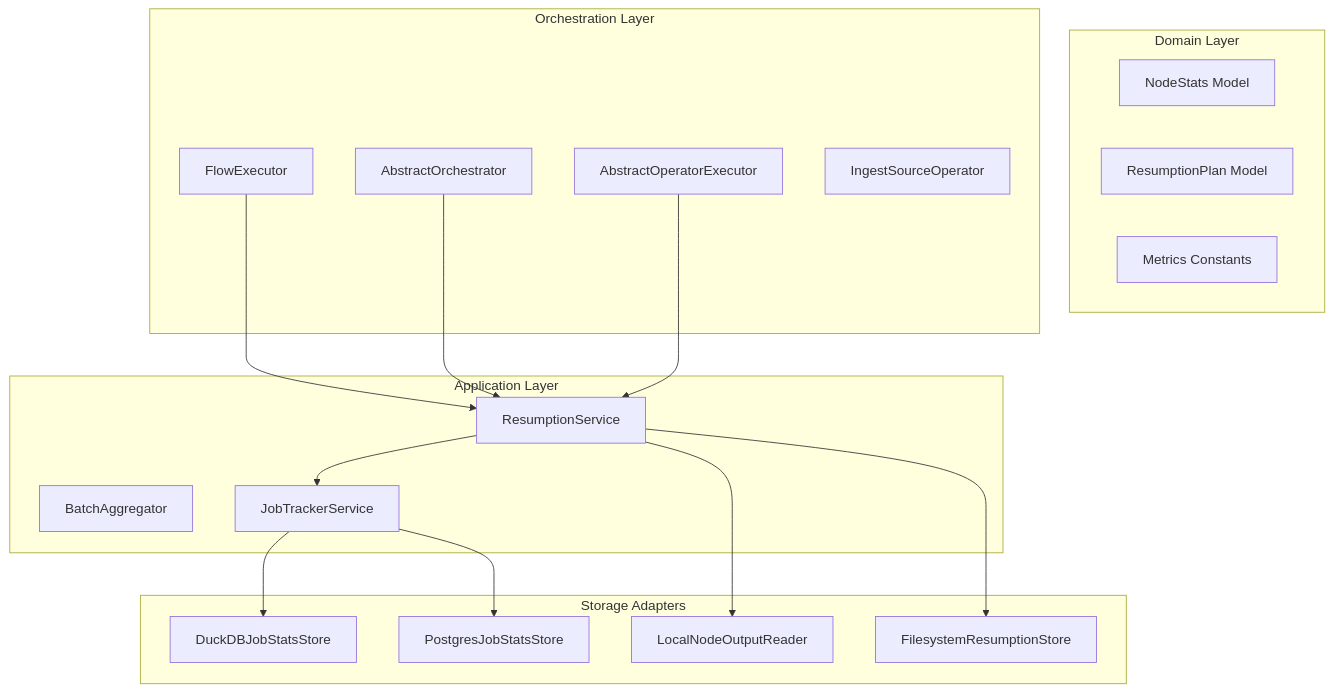
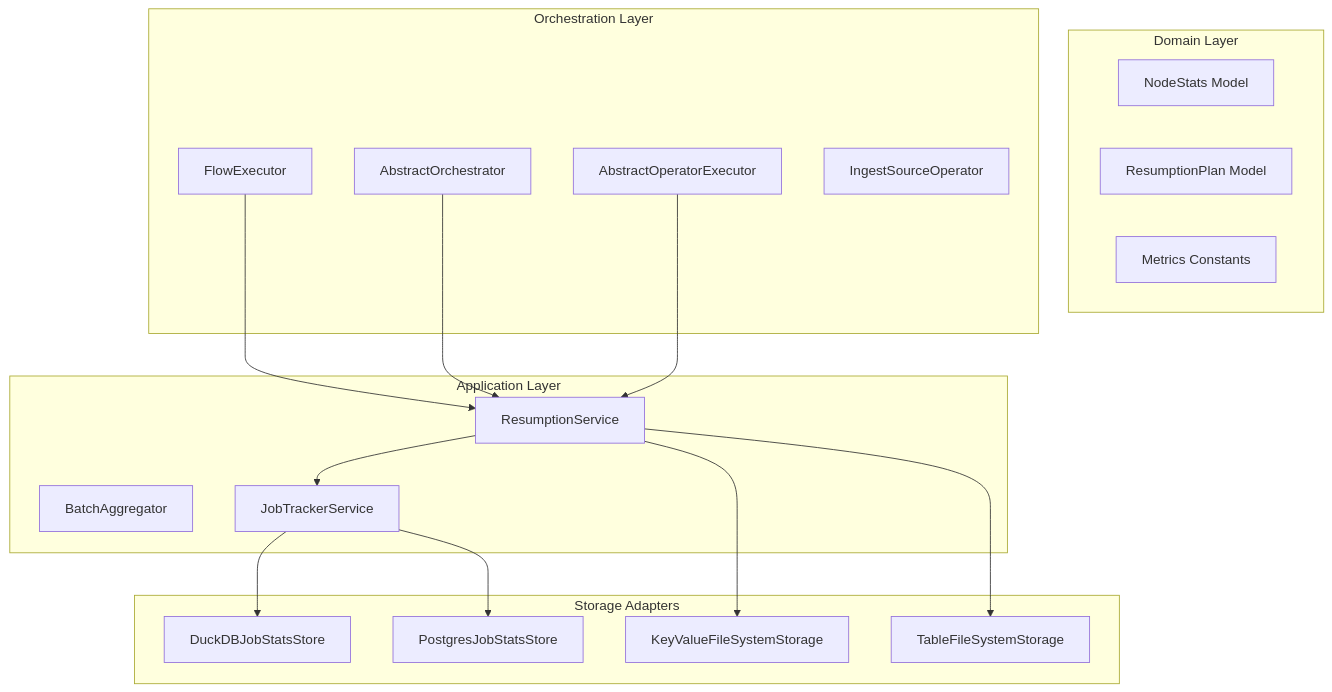
One commit to docling-project/docling-pipelines changed the diagram in openspec/changes/resume-failed-documents-node-level/design.md. Above: the diagram before and after it, drawn with Mermaid. The commit also changed other lines of this file and 15 other files, not shown here.

First line of the commit message:
refactor: reuse storage ports for node-level resumption

````diff
--- a/openspec/changes/resume-failed-documents-node-level/design.md
+++ b/openspec/changes/resume-failed-documents-node-level/design.md
@@ -26,37 +26,37 @@
 ```mermaid
 graph TD
     subgraph Domain Layer
         NR[NodeStats Model]
         RP[ResumptionPlan Model]
         MS[Metrics Constants]
     end
 
     subgraph Application Layer
         RS[ResumptionService]
         BA[BatchAggregator]
         JS[JobTrackerService]
     end
 
     subgraph Orchestration Layer
         FE[FlowExecutor]
         AO[AbstractOrchestrator]
         OE[AbstractOperatorExecutor]
         ISO[IngestSourceOperator]
     end
 
     subgraph Storage Adapters
         DK[DuckDBJobStatsStore]
         PG[PostgresJobStatsStore]
-        NR2[LocalNodeOutputReader]
-        FS[FilesystemResumptionStore]
+        KV[KeyValueFileSystemStorage]
+        TB[TableFileSystemStorage]
     end
 
     RS --> JS
-    RS --> FS
-    RS --> NR2
+    RS --> KV
+    RS --> TB
     FE --> RS
     AO --> RS
     OE --> RS
     JS --> DK
     JS --> PG
 ```
````
